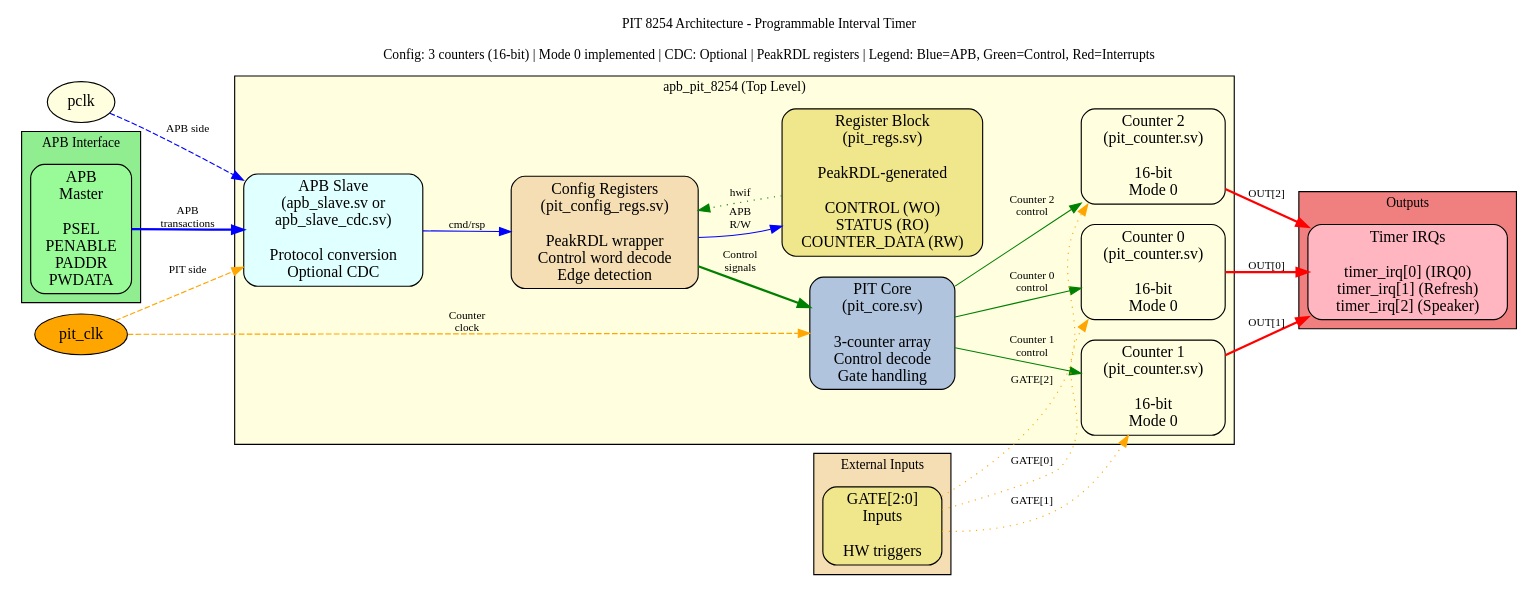
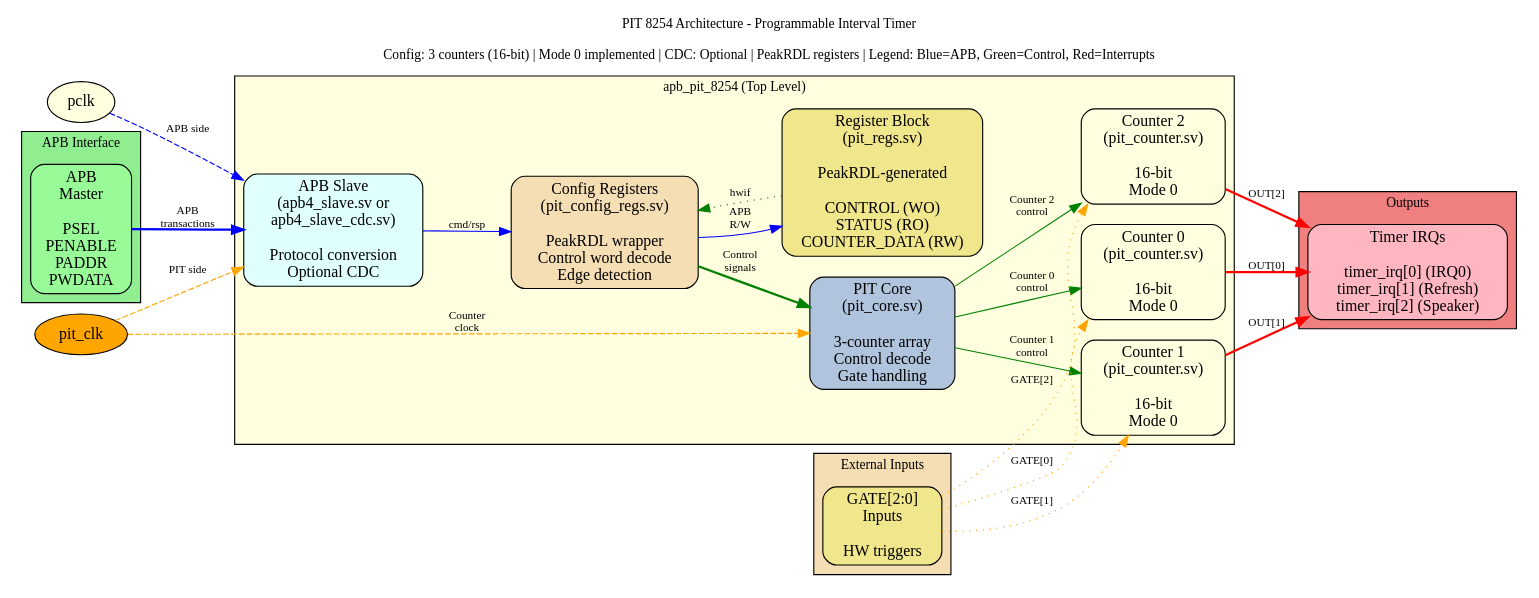
The diagram in projects/components/retro_legacy_blocks/rtl/pit_8254/docs/assets/graphviz/pit_architecture.gv (sean-galloway/RTLDesignSherpa), drawn with Graphviz before and after one commit. The commit also changed 486 other files, not shown here.

```diff
--- a/projects/components/retro_legacy_blocks/rtl/pit_8254/docs/assets/graphviz/pit_architecture.gv
+++ b/projects/components/retro_legacy_blocks/rtl/pit_8254/docs/assets/graphviz/pit_architecture.gv
@@ -1,95 +1,95 @@
 // PIT_8254 Architecture Block Diagram
 // Purpose: Show Intel 8254-compatible PIT module hierarchy with APB interface
 
 digraph pit_architecture {
     rankdir=LR;
     node [shape=box, style="rounded,filled", fillcolor=lightblue];
     edge [fontsize=10];
 
     // Title with compact info
     label="PIT 8254 Architecture - Programmable Interval Timer\n\nConfig: 3 counters (16-bit) | Mode 0 implemented | CDC: Optional | PeakRDL registers | Legend: Blue=APB, Green=Control, Red=Interrupts";
     labelloc="t";
     fontsize=12;
 
     // APB Interface (External)
     subgraph cluster_apb {
         label="APB Interface";
         style=filled;
         fillcolor=lightgreen;
         
         apb_in [label="APB\nMaster\n\nPSEL\nPENABLE\nPADDR\nPWDATA", fillcolor=palegreen];
     }
 
     // apb_pit_8254 Top Level
     subgraph cluster_top {
         label="apb_pit_8254 (Top Level)";
         style=filled;
         fillcolor=lightyellow;
 
         // APB Slave
-        apb_slave [label="APB Slave\n(apb_slave.sv or\napb_slave_cdc.sv)\n\nProtocol conversion\nOptional CDC", fillcolor=lightcyan];
+        apb4_slave [label="APB Slave\n(apb4_slave.sv or\napb4_slave_cdc.sv)\n\nProtocol conversion\nOptional CDC", fillcolor=lightcyan];
         
         // Config Registers
         config_regs [label="Config Registers\n(pit_config_regs.sv)\n\nPeakRDL wrapper\nControl word decode\nEdge detection", fillcolor=wheat];
         
         peakrdl_regs [label="Register Block\n(pit_regs.sv)\n\nPeakRDL-generated\n\nCONTROL (WO)\nSTATUS (RO)\nCOUNTER_DATA (RW)", fillcolor=khaki];
         
         // PIT Core
         pit_core [label="PIT Core\n(pit_core.sv)\n\n3-counter array\nControl decode\nGate handling", fillcolor=lightsteelblue];
         
         // Individual Counters
         counter0 [label="Counter 0\n(pit_counter.sv)\n\n16-bit\nMode 0", fillcolor=lightyellow];
         counter1 [label="Counter 1\n(pit_counter.sv)\n\n16-bit\nMode 0", fillcolor=lightyellow];
         counter2 [label="Counter 2\n(pit_counter.sv)\n\n16-bit\nMode 0", fillcolor=lightyellow];
     }
 
     // External Inputs
     subgraph cluster_inputs {
         label="External Inputs";
         style=filled;
         fillcolor=wheat;
         
         gates [label="GATE[2:0]\nInputs\n\nHW triggers", fillcolor=khaki];
     }
 
     // Outputs
     subgraph cluster_outputs {
         label="Outputs";
         style=filled;
         fillcolor=lightcoral;
         
         interrupts [label="Timer IRQs\n\ntimer_irq[0] (IRQ0)\ntimer_irq[1] (Refresh)\ntimer_irq[2] (Speaker)", fillcolor=lightpink];
     }
 
     // APB Data Flow (Blue)
-    apb_in -> apb_slave [label="APB\ntransactions", color=blue, style=bold];
-    apb_slave -> config_regs [label="cmd/rsp", color=blue];
+    apb_in -> apb4_slave [label="APB\ntransactions", color=blue, style=bold];
+    apb4_slave -> config_regs [label="cmd/rsp", color=blue];
     config_regs -> peakrdl_regs [label="APB\nR/W", color=blue];
     
     // Register to Core (Green)
     peakrdl_regs -> config_regs [label="hwif", color=green, style=dotted];
     config_regs -> pit_core [label="Control\nsignals", color=green, style=bold];
     
     // Core to Counters
     pit_core -> counter0 [label="Counter 0\ncontrol", color=green];
     pit_core -> counter1 [label="Counter 1\ncontrol", color=green];
     pit_core -> counter2 [label="Counter 2\ncontrol", color=green];
     
     // Gates to Counters
     gates -> counter0 [label="GATE[0]", color=orange, style=dotted];
     gates -> counter1 [label="GATE[1]", color=orange, style=dotted];
     gates -> counter2 [label="GATE[2]", color=orange, style=dotted];
     
     // Counter Outputs to Interrupts
     counter0 -> interrupts [label="OUT[0]", color=red, style=bold];
     counter1 -> interrupts [label="OUT[1]", color=red, style=bold];
     counter2 -> interrupts [label="OUT[2]", color=red, style=bold];
     
     // Clocking
     clk_apb [label="pclk", shape=ellipse, fillcolor=lightyellow];
     clk_pit [label="pit_clk", shape=ellipse, fillcolor=orange];
     
-    clk_apb -> apb_slave [label="APB side", color=blue, style=dashed];
-    clk_pit -> apb_slave [label="PIT side", color=orange, style=dashed];
+    clk_apb -> apb4_slave [label="APB side", color=blue, style=dashed];
+    clk_pit -> apb4_slave [label="PIT side", color=orange, style=dashed];
     clk_pit -> pit_core [label="Counter\nclock", color=orange, style=dashed];
 }
```
